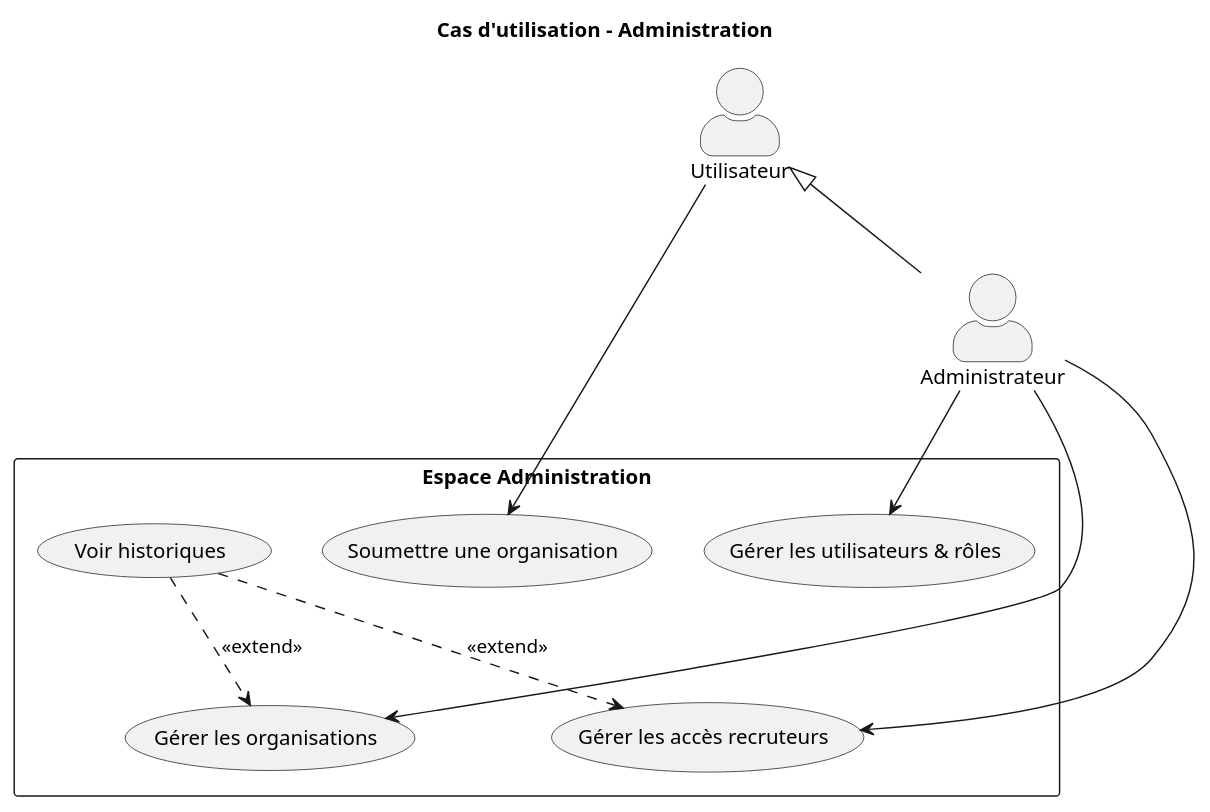
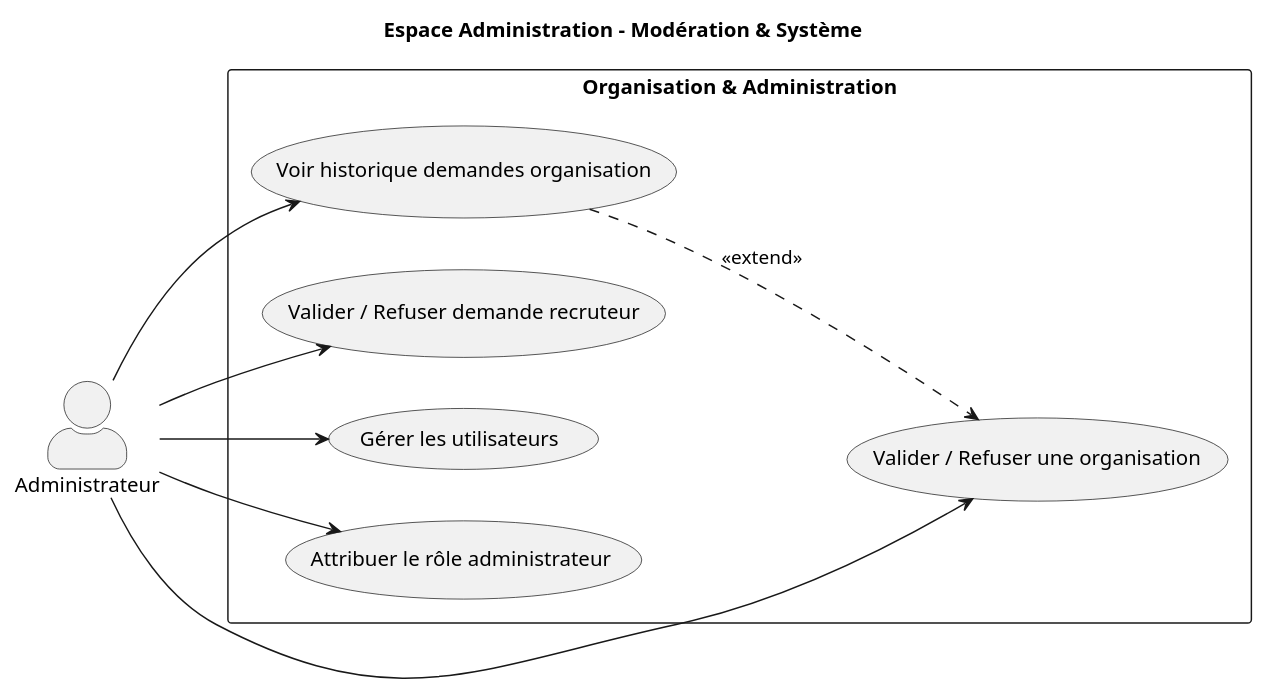
The diagram in TD1/Use Case/Vue Admin.puml (djibril-haddadi/U-Recrut), drawn with PlantUML before and after one commit. The commit also changed 8 other files, not shown here.

Commit message:
Mise à jour des diagrammes de cas d'utilisation et des fichiers associés pour refléter les changements dans les fonctionnalités et les rôles des utilisateurs.

```diff
--- a/TD1/Use Case/Vue Admin.puml
+++ b/TD1/Use Case/Vue Admin.puml
@@ -1,24 +1,23 @@
 @startuml
-title Cas d'utilisation - Administration
+title Espace Administration - Modération & Système
+left to right direction
 skinparam actorStyle awesome
 
-actor "Utilisateur" as U
 actor "Administrateur" as A
-U <|-- A
 
-rectangle "Espace Administration" {
-    (Soumettre une organisation) as OrgReq
-    (Gérer les organisations) as OrgVal
-    (Gérer les accès recruteurs) as RecVal
-    (Gérer les utilisateurs & rôles) as UserMgmt
-    (Voir historiques) as History
+rectangle "Organisation & Administration" {
+    usecase "Valider / Refuser une organisation" as ValOrg
+    usecase "Voir historique demandes organisation" as HistOrg
+    usecase "Valider / Refuser demande recruteur" as ValRec
+    usecase "Gérer les utilisateurs" as Users
+    usecase "Attribuer le rôle administrateur" as RoleA
+}
 
-    U --> OrgReq
-    A --> OrgVal
-    A --> RecVal
-    A --> UserMgmt
-    
-    History ..> OrgVal : <<extend>>
-    History ..> RecVal : <<extend>>
-}
+A --> ValOrg
+A --> HistOrg
+A --> ValRec
+A --> Users
+A --> RoleA
+
+HistOrg ..> ValOrg : <<extend>>
 @enduml
```
